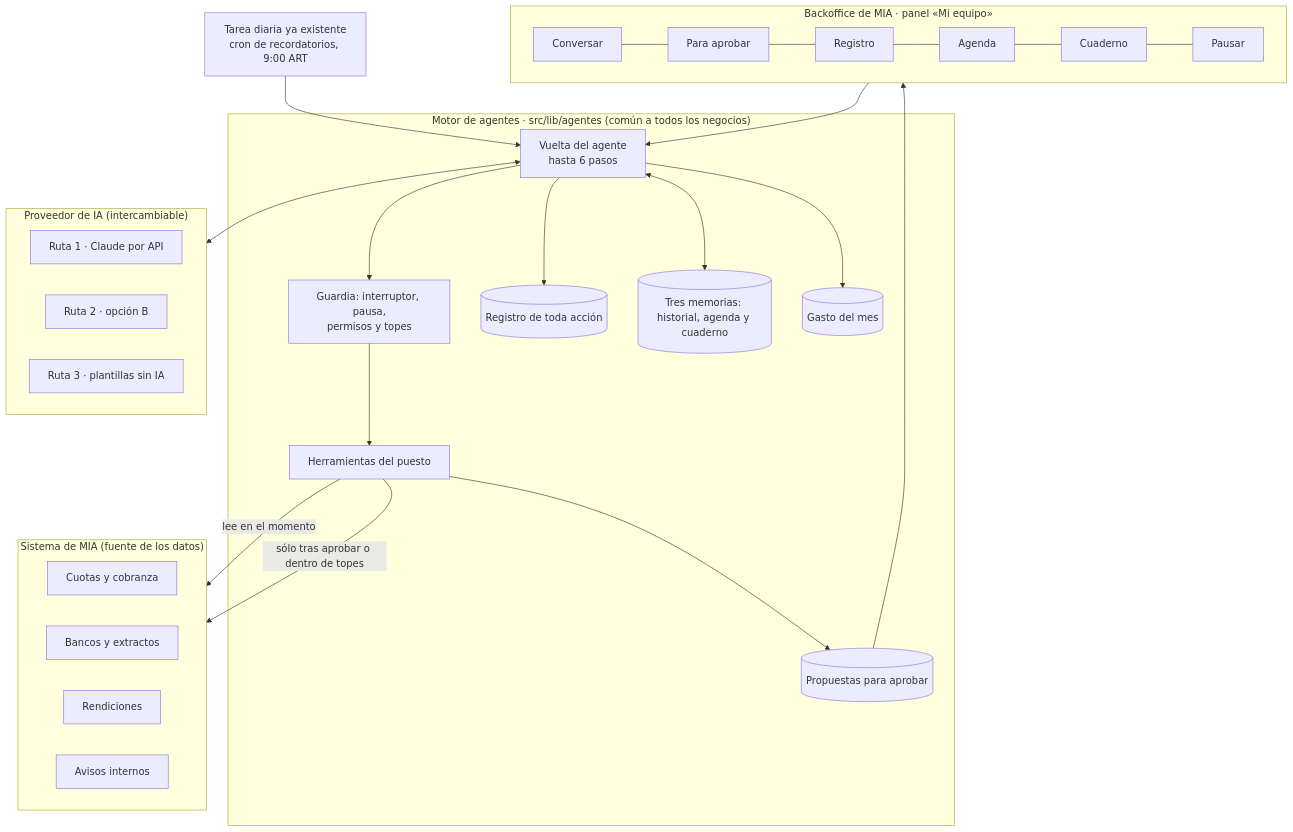
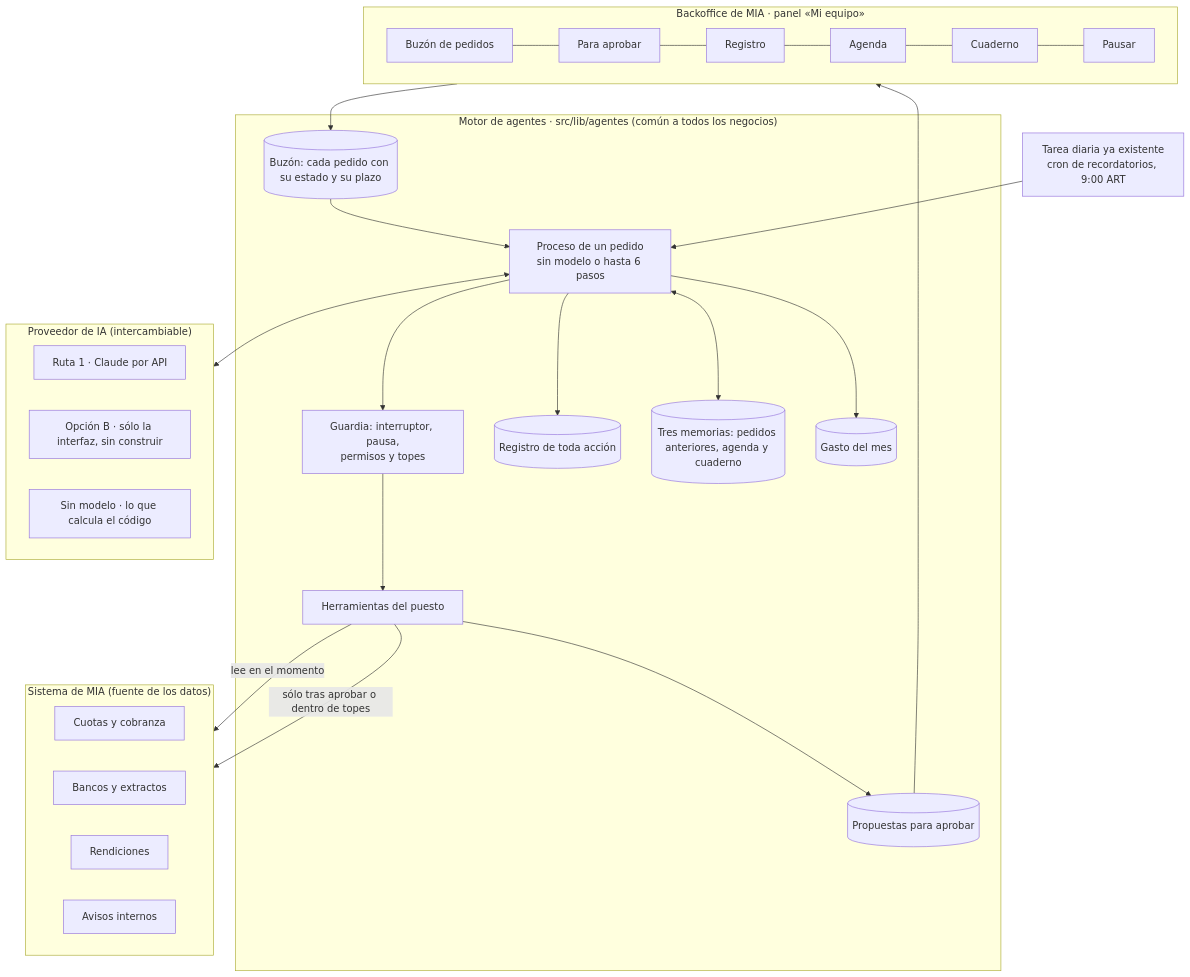
One commit to Gestion-Studio-Grow/ERP changed the first of 4 diagrams in docs/tenants/mia-producciones/agentes/01-solucion-y-flujo.md. Above: the diagram before and after it, drawn with Mermaid. The commit also changed other lines of this file and 1 other file, not shown here.

First line of the commit message:
docs(agentes MIA): segunda corrección del diseño EN CURSO, resguardo parcial 2

````diff
--- a/docs/tenants/mia-producciones/agentes/01-solucion-y-flujo.md
+++ b/docs/tenants/mia-producciones/agentes/01-solucion-y-flujo.md
@@ -82,42 +83,43 @@
 ```mermaid
 flowchart TB
   subgraph Panel["Backoffice de MIA · panel «Mi equipo»"]
-    P1[Conversar] --- P2[Para aprobar] --- P3[Registro] --- P4[Agenda] --- P5[Cuaderno] --- P6[Pausar]
+    P1[Buzón de pedidos] --- P2[Para aprobar] --- P3[Registro] --- P4[Agenda] --- P5[Cuaderno] --- P6[Pausar]
   end
   CRON["Tarea diaria ya existente<br/>cron de recordatorios, 9:00 ART"]
 
   subgraph Motor["Motor de agentes · src/lib/agentes (común a todos los negocios)"]
-    L["Vuelta del agente<br/>hasta 6 pasos"]
+    B[("Buzón: cada pedido con su estado y su plazo")]
+    L["Proceso de un pedido<br/>sin modelo o hasta 6 pasos"]
     G["Guardia: interruptor, pausa,<br/>permisos y topes"]
     H[Herramientas del puesto]
     R[(Registro de toda acción)]
-    M[("Tres memorias: historial, agenda y cuaderno")]
+    M[("Tres memorias: pedidos anteriores, agenda y cuaderno")]
     A[(Propuestas para aprobar)]
     C[(Gasto del mes)]
   end
 
   subgraph IA["Proveedor de IA (intercambiable)"]
     I1[Ruta 1 · Claude por API]
-    I2[Ruta 2 · opción B]
-    I3[Ruta 3 · plantillas sin IA]
+    I2[Opción B · sólo la interfaz, sin construir]
+    I3[Sin modelo · lo que calcula el código]
   end
 
   subgraph ERP["Sistema de MIA (fuente de los datos)"]
     D1[Cuotas y cobranza]
     D2[Bancos y extractos]
     D3[Rendiciones]
     D4[Avisos internos]
   end
 
-  Panel --> L
+  Panel --> B --> L
   CRON --> L
   L --> G --> H
   H -- lee en el momento --> ERP
   H -- sólo tras aprobar o dentro de topes --> ERP
   L <--> IA
   L --> R
   L <--> M
   H --> A
   L --> C
   A --> Panel
 ```
````
